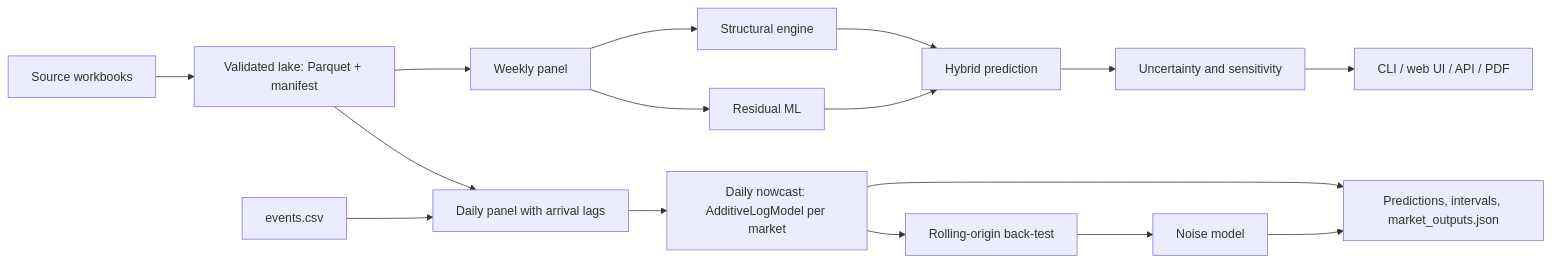
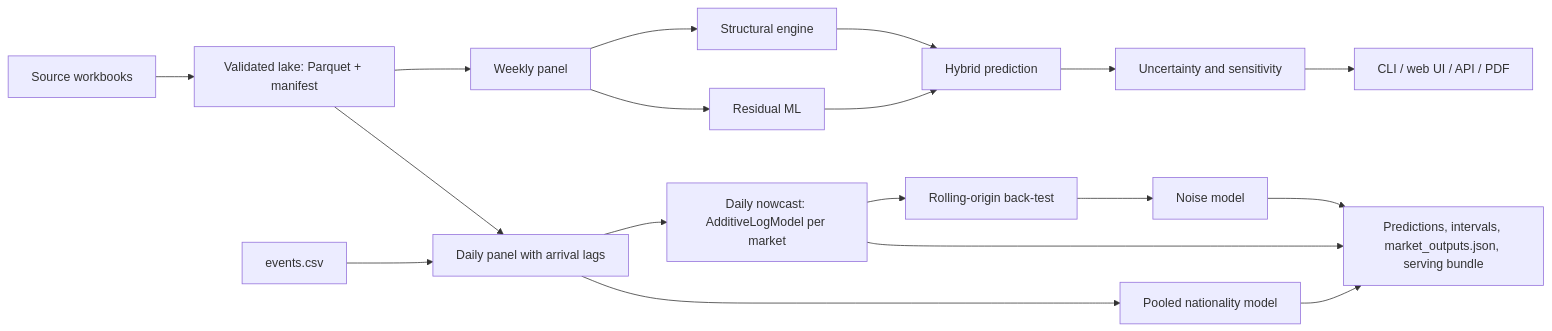
One commit to Nikhil-Mundhra/ChallengeON-Advanced-Technology-Pioneers-2026 changed the diagram in docs/solution_documentation.md. Above: the diagram before and after it, drawn with Mermaid. The commit also changed other lines of this file and 7 other files, not shown here.

Commit message:
Sync docs and agent rules with the #11 protocol, pooled nationalities and serving

````diff
--- a/docs/solution_documentation.md
+++ b/docs/solution_documentation.md
@@ -102,18 +102,19 @@
 ```mermaid
 flowchart LR
     A[Source workbooks] --> B[Validated lake: Parquet + manifest]
     B --> C[Weekly panel]
     B --> N[Daily panel with arrival lags]
     E0[events.csv] --> N
     N --> K[Daily nowcast: AdditiveLogModel per market]
     K --> BT[Rolling-origin back-test]
     BT --> NM[Noise model]
-    K --> P[Predictions, intervals, market_outputs.json]
+    K --> P[Predictions, intervals, market_outputs.json, serving bundle]
+    N --> PN[Pooled nationality model] --> P
     NM --> P
     C --> D[Structural engine]
     C --> E[Residual ML]
     D --> F[Hybrid prediction]
     E --> F
     F --> G[Uncertainty and sensitivity]
     G --> H[CLI / web UI / API / PDF]
 ```
````
